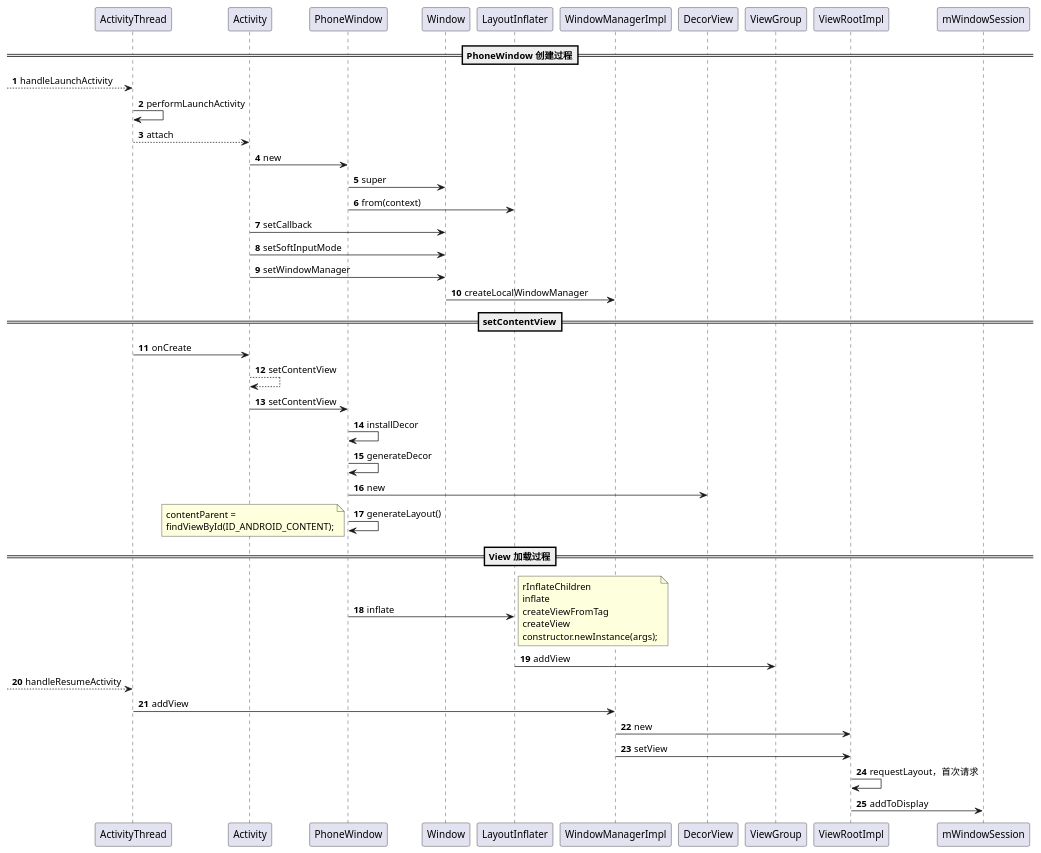
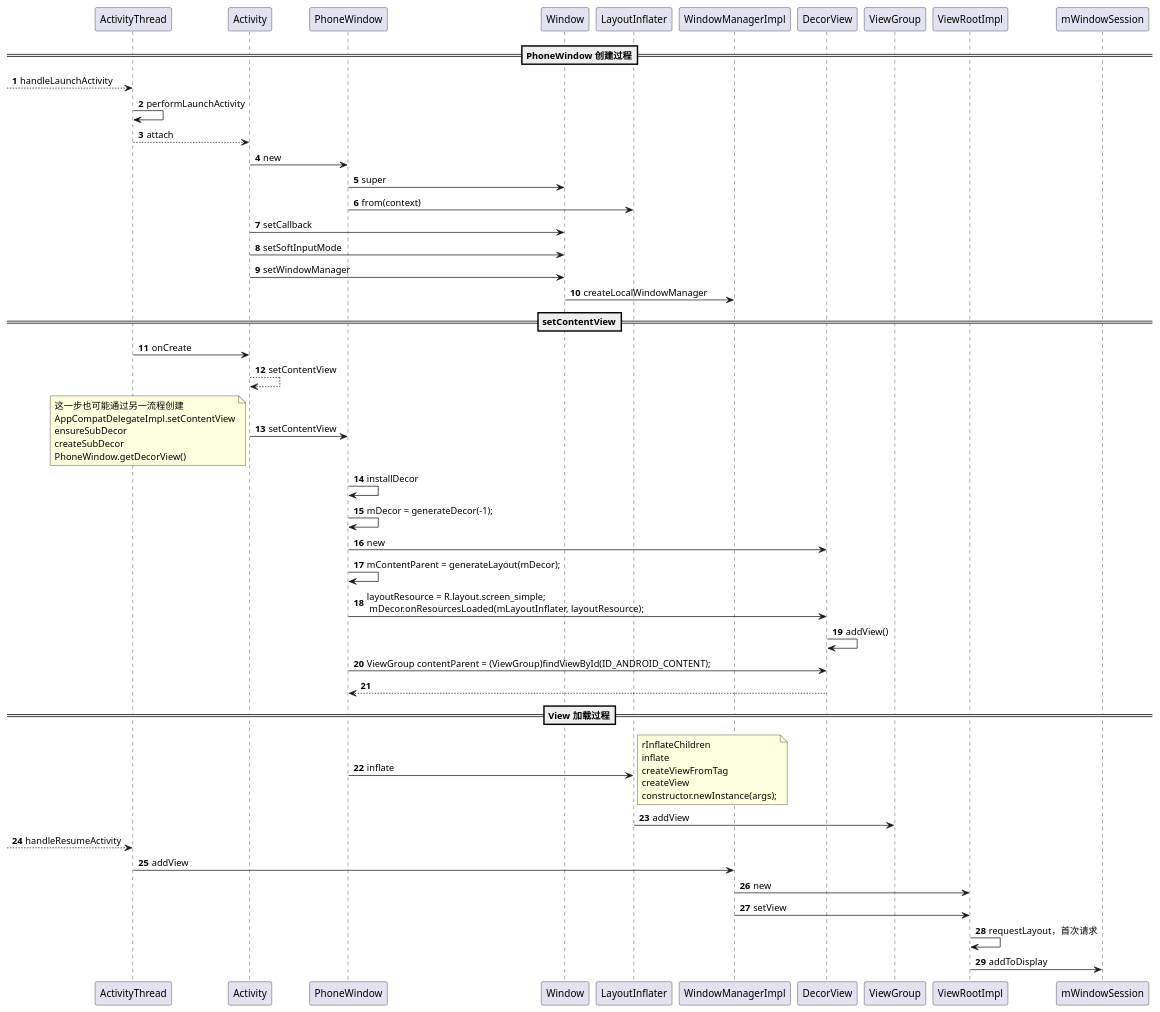
Before and after one commit to pingfangx/AndroidX: the diagram in demo/AndroidX/app/src/main/java/com/pingfangx/demo/androidx/activity/android/view/window/Window DecorView 创建时序图.puml, drawn with PlantUML. The commit also changed 3 other files, not shown here.

```diff
--- a/demo/AndroidX/app/src/main/java/com/pingfangx/demo/androidx/activity/android/view/window/Window DecorView 创建时序图.puml
+++ b/demo/AndroidX/app/src/main/java/com/pingfangx/demo/androidx/activity/android/view/window/Window DecorView 创建时序图.puml
@@ -1,55 +1,66 @@
 @startuml
 autonumber
 
 == PhoneWindow 创建过程==
 --> ActivityThread:handleLaunchActivity
 ActivityThread -> ActivityThread:performLaunchActivity
 ActivityThread --> Activity:attach
 Activity -> PhoneWindow:new
 PhoneWindow -> Window:super
 PhoneWindow -> LayoutInflater:from(context)
 
 Activity -> Window:setCallback
 Activity -> Window:setSoftInputMode
 
 Activity -> Window:setWindowManager
 
 Window -> WindowManagerImpl:createLocalWindowManager
 
 ==setContentView==
 ActivityThread -> Activity:onCreate
 Activity --> Activity:setContentView
 Activity -> PhoneWindow:setContentView
+
+note left
+这一步也可能通过另一流程创建
+AppCompatDelegateImpl.setContentView
+ensureSubDecor
+createSubDecor
+PhoneWindow.getDecorView()
+end note
+
+
 PhoneWindow -> PhoneWindow:installDecor
-PhoneWindow -> PhoneWindow:generateDecor
+PhoneWindow -> PhoneWindow:mDecor = generateDecor(-1);
 PhoneWindow -> DecorView:new
 
-PhoneWindow -> PhoneWindow:generateLayout()
-note left
-contentParent =
-findViewById(ID_ANDROID_CONTENT);
-end note
+PhoneWindow -> PhoneWindow:mContentParent = generateLayout(mDecor);
 
+PhoneWindow -> DecorView:layoutResource = R.layout.screen_simple;\n mDecor.onResourcesLoaded(mLayoutInflater, layoutResource);
+DecorView -> DecorView : addView()
+
+PhoneWindow -> DecorView: ViewGroup contentParent = (ViewGroup)findViewById(ID_ANDROID_CONTENT);
+DecorView --> PhoneWindow
 
 
 == View 加载过程==
 PhoneWindow -> LayoutInflater:inflate
 note right
 rInflateChildren
 inflate
 createViewFromTag
 createView
 constructor.newInstance(args);
 end note
 
 LayoutInflater -> ViewGroup:addView
 
 --> ActivityThread:handleResumeActivity
 ActivityThread -> WindowManagerImpl:addView
 
 WindowManagerImpl -> ViewRootImpl:new
 WindowManagerImpl -> ViewRootImpl:setView
 ViewRootImpl -> ViewRootImpl:requestLayout，首次请求
 
 ViewRootImpl ->mWindowSession: addToDisplay
 @enduml
```
